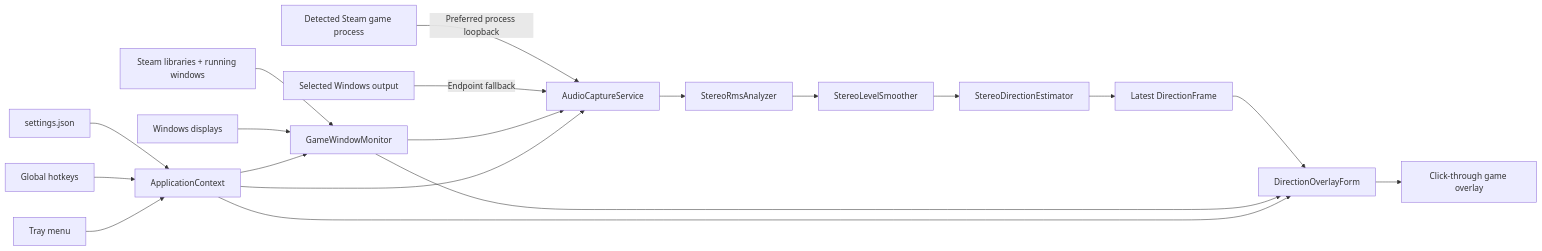
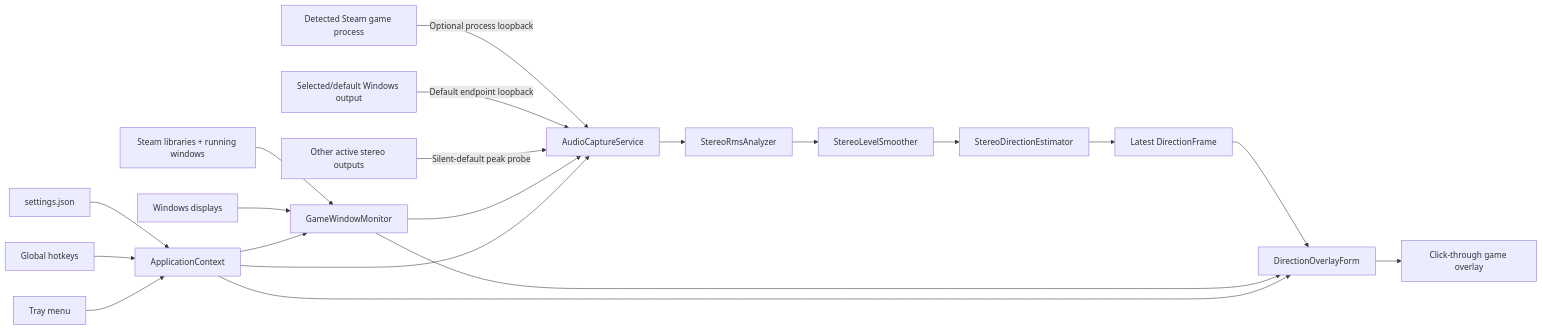
The diagram in docs/ARCHITECTURE.md (SamiKamara/SoundDirectionVisualizer), drawn with Mermaid before and after one commit. The commit also changed other lines of this file and 19 other files, not shown here.

````diff
--- a/docs/ARCHITECTURE.md
+++ b/docs/ARCHITECTURE.md
@@ -41,23 +41,24 @@
 ```mermaid
 flowchart LR
-  GameAudio["Detected Steam game process"] -->|"Preferred process loopback"| Capture["AudioCaptureService"]
-  WindowsAudio["Selected Windows output"] -->|"Endpoint fallback"| Capture
+  GameAudio["Detected Steam game process"] -->|"Optional process loopback"| Capture["AudioCaptureService"]
+  WindowsAudio["Selected/default Windows output"] -->|"Default endpoint loopback"| Capture
+  OtherAudio["Other active stereo outputs"] -->|"Silent-default peak probe"| Capture
   Capture --> Samples["StereoRmsAnalyzer"]
   Samples --> Smooth["StereoLevelSmoother"]
   Smooth --> Estimate["StereoDirectionEstimator"]
   Estimate --> Latest["Latest DirectionFrame"]
   Latest --> Overlay["DirectionOverlayForm"]
   Overlay --> Game["Click-through game overlay"]
 
   Steam["Steam libraries + running windows"] --> Target["GameWindowMonitor"]
   Screens["Windows displays"] --> Target
   Target --> Overlay
   Target --> Capture
 
   Settings["settings.json"] --> Coordinator["ApplicationContext"]
   Hotkeys["Global hotkeys"] --> Coordinator
   Tray["Tray menu"] --> Coordinator
   Coordinator --> Capture
   Coordinator --> Overlay
   Coordinator --> Target
 ```
````
